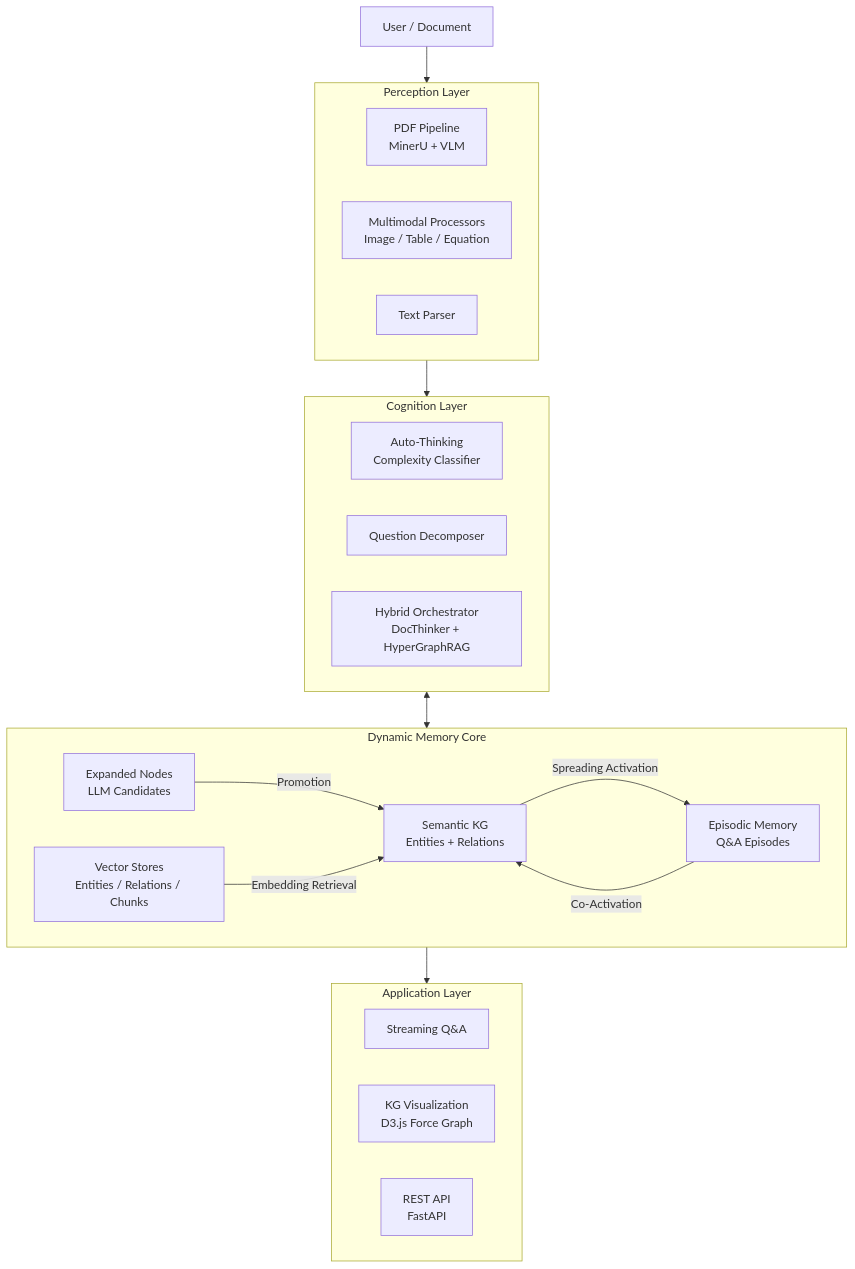
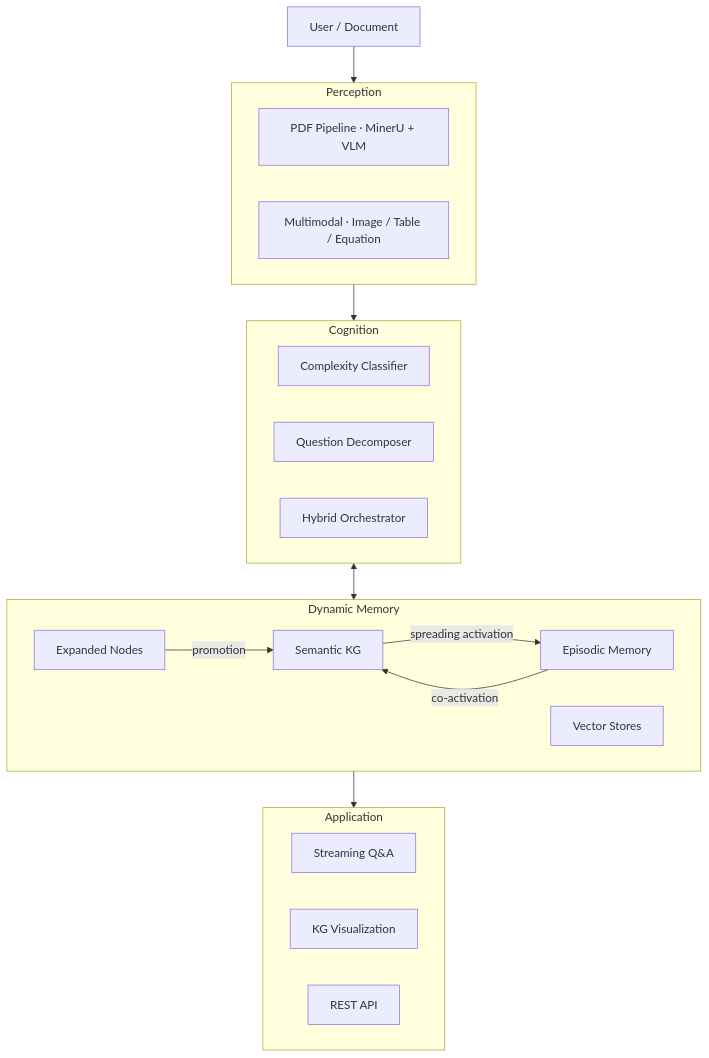
The first of 2 diagrams in README.md (Yang-Jiashu/doc-thinker), drawn with Mermaid before and after one commit. The commit also changed other lines of this file and 1 other file, not shown here.

````diff
--- a/README.md
+++ b/README.md
@@ -143,36 +68,30 @@
 ```mermaid
 graph TD
-    User[User / Document] --> Perception
-    subgraph Perception [Perception Layer]
-        PDF[PDF Pipeline<br/>MinerU + VLM]
-        MM[Multimodal Processors<br/>Image / Table / Equation]
-        TXT[Text Parser]
+    User[User / Document] --> P
+    subgraph P [Perception]
+        PDF[PDF Pipeline · MinerU + VLM]
+        MM[Multimodal · Image / Table / Equation]
     end
-
-    Perception --> Cognition
-    subgraph Cognition [Cognition Layer]
-        AC[Auto-Thinking<br/>Complexity Classifier]
-        QD[Question Decomposer]
-        HO[Hybrid Orchestrator<br/>DocThinker + HyperGraphRAG]
+    P --> C
+    subgraph C [Cognition]
+        CLS[Complexity Classifier]
+        DEC[Question Decomposer]
+        ORC[Hybrid Orchestrator]
     end
-
-    Cognition <--> Memory
-    subgraph Memory [Dynamic Memory Core]
-        KG[Semantic KG<br/>Entities + Relations]
-        EM[Episodic Memory<br/>Q&A Episodes]
-        EX[Expanded Nodes<br/>LLM Candidates]
-        VDB[Vector Stores<br/>Entities / Relations / Chunks]
-
-        KG -- Spreading Activation --> EM
-        EM -- Co-Activation --> KG
-        EX -- Promotion --> KG
-        VDB -- Embedding Retrieval --> KG
+    C <--> M
+    subgraph M [Dynamic Memory]
+        KG[Semantic KG]
+        EP[Episodic Memory]
+        EX[Expanded Nodes]
+        VDB[Vector Stores]
+        KG -- spreading activation --> EP
+        EP -- co-activation --> KG
+        EX -- promotion --> KG
     end
-
-    Memory --> Application
-    subgraph Application [Application Layer]
+    M --> A
+    subgraph A [Application]
         QA[Streaming Q&A]
-        VIS[KG Visualization<br/>D3.js Force Graph]
-        API[REST API<br/>FastAPI]
+        VIS[KG Visualization]
+        API[REST API]
     end
 ```
````
